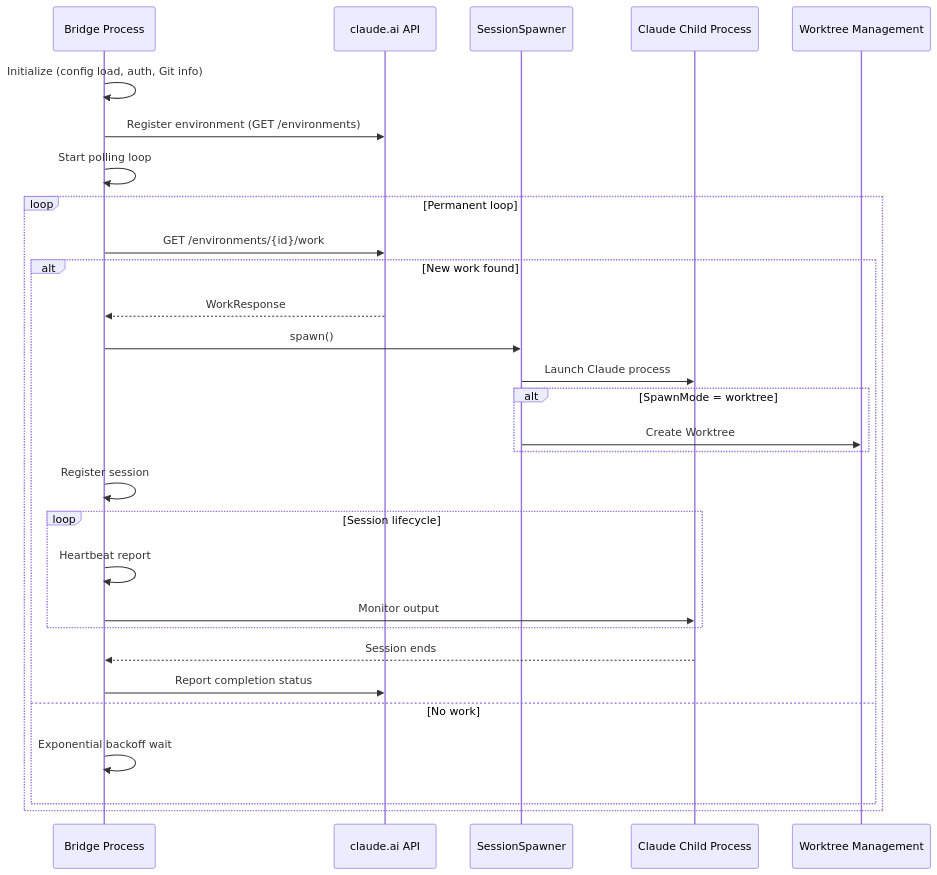
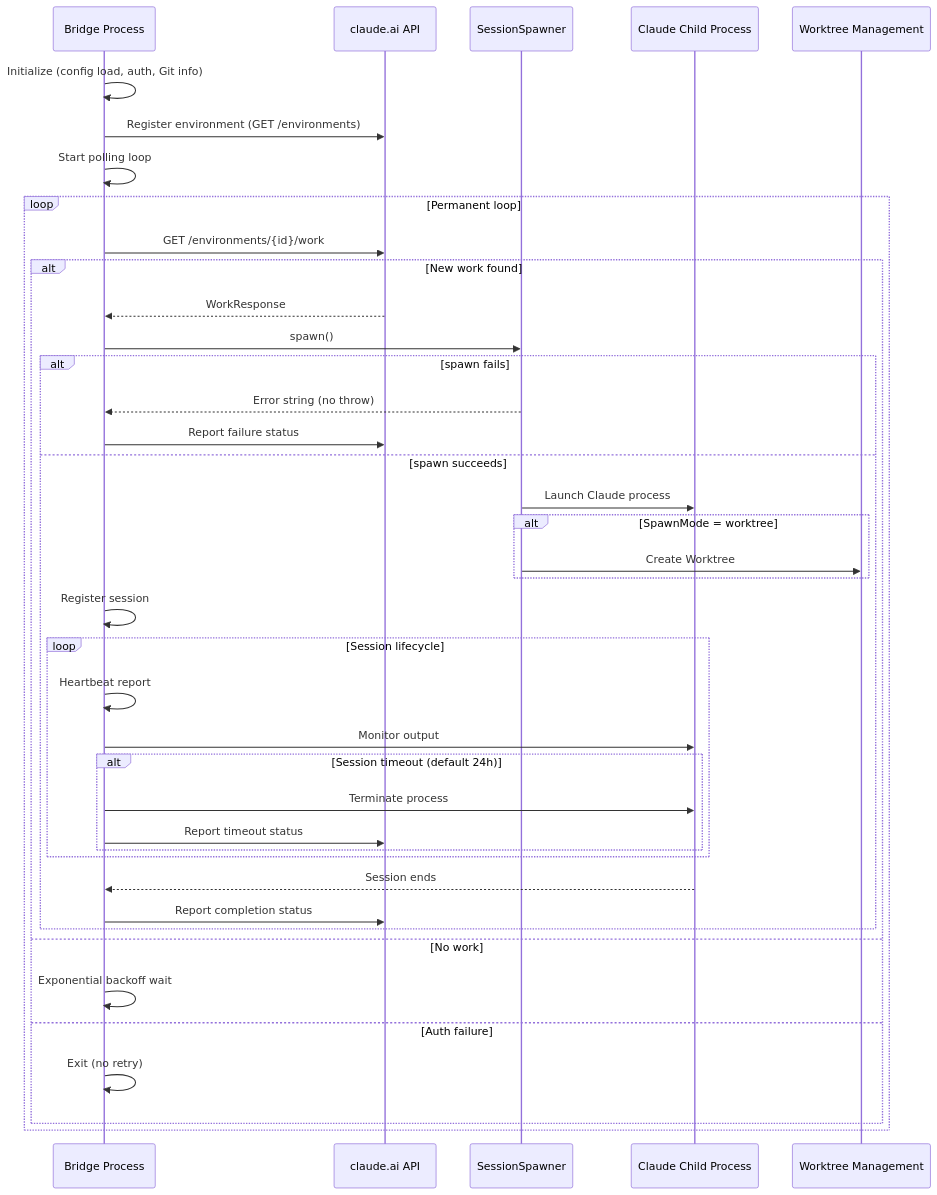
One commit to niuma996/claude-code-sourcemap-wiki changed the second of 2 diagrams in .nium-wiki/wiki_en/remote/bridge.md. Above: the diagram before and after it, drawn with Mermaid. The commit also changed 1976 other files, not shown here.

````diff
--- a/.nium-wiki/wiki_en/remote/bridge.md
+++ b/.nium-wiki/wiki_en/remote/bridge.md
@@ -76,32 +76,43 @@
 ```mermaid
 sequenceDiagram
     participant Bridge as Bridge Process
     participant API as claude.ai API
     participant Spawner as SessionSpawner
     participant Child as Claude Child Process
     participant Worktree as Worktree Management
 
     Bridge->>Bridge: Initialize (config load, auth, Git info)
     Bridge->>API: Register environment (GET /environments)
     Bridge->>Bridge: Start polling loop
     loop Permanent loop
         Bridge->>API: GET /environments/{id}/work
         alt New work found
             API-->>Bridge: WorkResponse
             Bridge->>Spawner: spawn()
-            Spawner->>Child: Launch Claude process
-            alt SpawnMode = worktree
-                Spawner->>Worktree: Create Worktree
+            alt spawn fails
+                Spawner-->>Bridge: Error string (no throw)
+                Bridge->>API: Report failure status
+            else spawn succeeds
+                Spawner->>Child: Launch Claude process
+                alt SpawnMode = worktree
+                    Spawner->>Worktree: Create Worktree
+                end
+                Bridge->>Bridge: Register session
+                loop Session lifecycle
+                    Bridge->>Bridge: Heartbeat report
+                    Bridge->>Child: Monitor output
+                    alt Session timeout (default 24h)
+                        Bridge->>Child: Terminate process
+                        Bridge->>API: Report timeout status
+                    end
+                end
+                Child-->>Bridge: Session ends
+                Bridge->>API: Report completion status
             end
-            Bridge->>Bridge: Register session
-            loop Session lifecycle
-                Bridge->>Bridge: Heartbeat report
-                Bridge->>Child: Monitor output
-            end
-            Child-->>Bridge: Session ends
-            Bridge->>API: Report completion status
         else No work
             Bridge->>Bridge: Exponential backoff wait
+        else Auth failure
+            Bridge->>Bridge: Exit (no retry)
         end
     end
 ```
````
